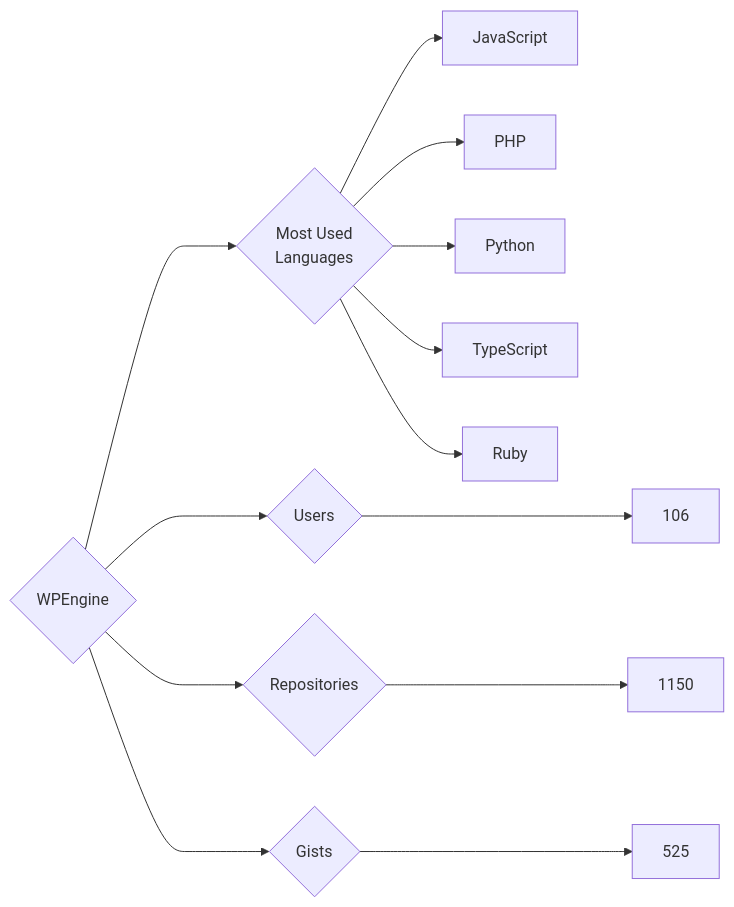
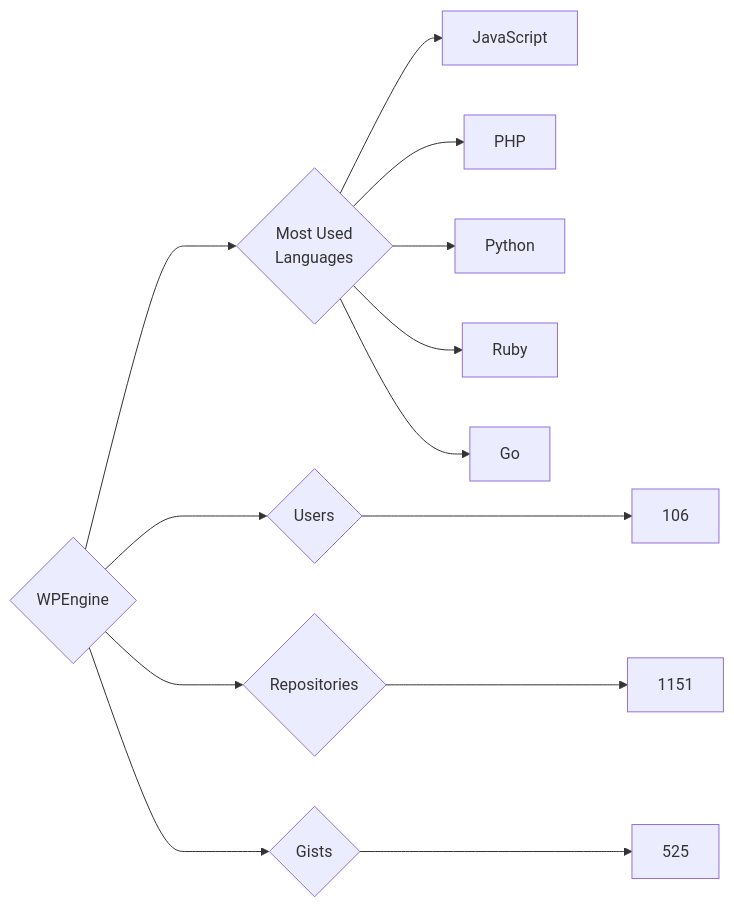
Before and after one commit to trickest/insiders: the diagram in targets/WPEngine/README.md, drawn with Mermaid. The commit also changed 928 other files, not shown here.

````diff
--- a/targets/WPEngine/README.md
+++ b/targets/WPEngine/README.md
@@ -3,13 +3,13 @@
 ```mermaid
 graph LR
 COMPANY_NAME{WPEngine}
 COMPANY_NAME ---> U{Users} ---> UN[106]
-COMPANY_NAME ---> R{Repositories} ---> RN[1150]
+COMPANY_NAME ---> R{Repositories} ---> RN[1151]
 COMPANY_NAME ---> G{Gists} ---> GN[525]
 COMPANY_NAME ---> ML{Most Used<br>Languages}
 ML --> JavaScript[JavaScript]
 ML --> PHP[PHP]
 ML --> Python[Python]
-ML --> TypeScript[TypeScript]
 ML --> Ruby[Ruby]
+ML --> Go[Go]
 ```
````
